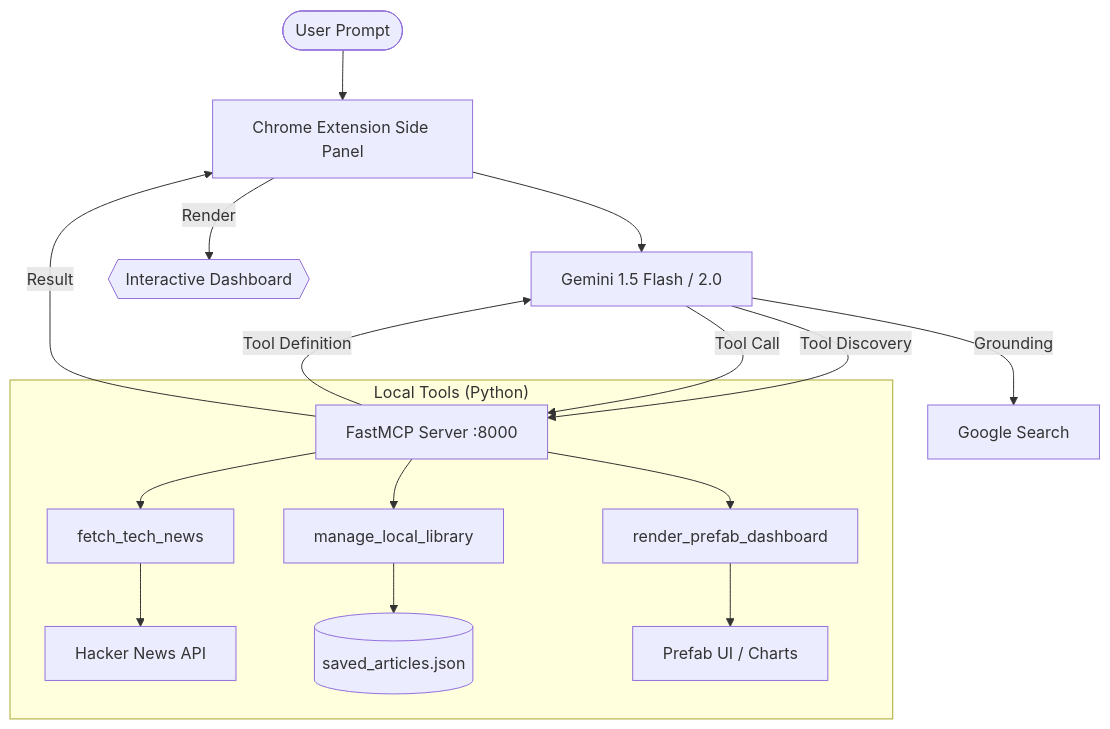
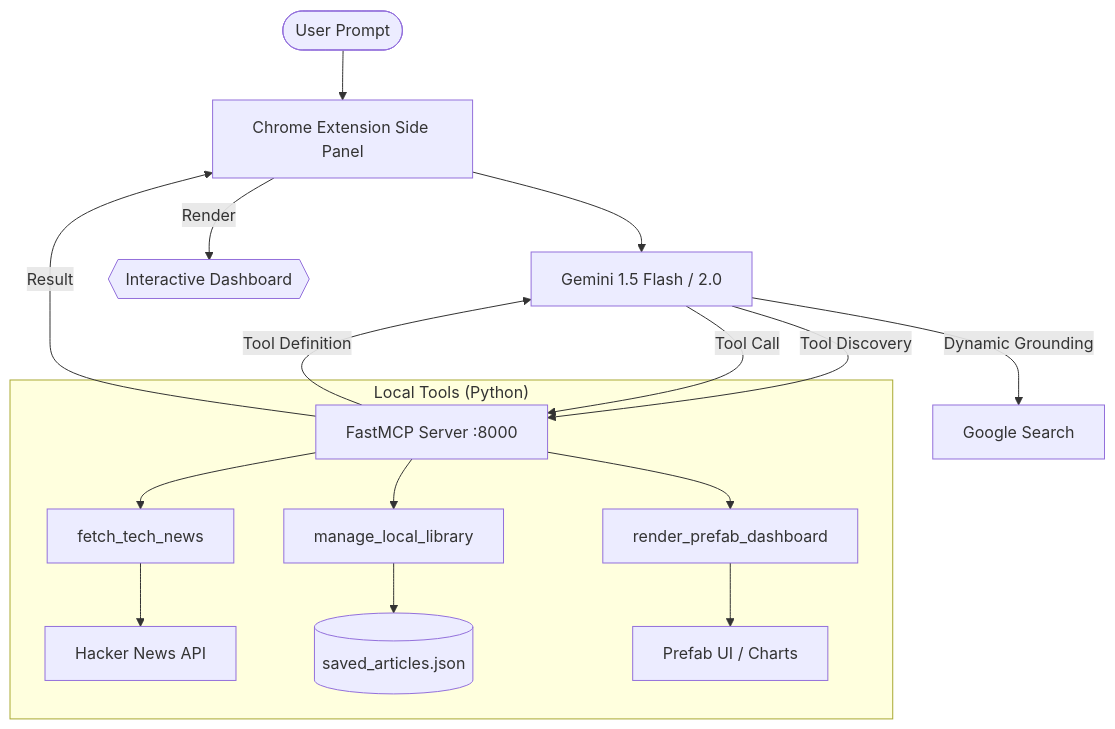
One commit to swapniel99/intel-agent changed the diagram in README.md. Above: the diagram before and after it, drawn with Mermaid. The commit also changed other lines of this file and 2 other files, not shown here.

Commit message:
docs: update documentation to reflect expanded library management features, refined dashboard chart support, and Gemini model usage.

````diff
--- a/README.md
+++ b/README.md
@@ -21,21 +21,21 @@
 ```mermaid
 graph TD
     User([User Prompt]) --> Extension[Chrome Extension Side Panel]
     Extension --> Gemini[Gemini 1.5 Flash / 2.0]
     Gemini -- Tool Discovery --> FastMCP[FastMCP Server :8000]
     FastMCP -- Tool Definition --> Gemini
     
     subgraph "Local Tools (Python)"
         FastMCP --> T1[fetch_tech_news]
         FastMCP --> T2[manage_local_library]
         FastMCP --> T3[render_prefab_dashboard]
         T1 --> HN[Hacker News API]
         T2 --> JSON[(saved_articles.json)]
         T3 --> Prefab[Prefab UI / Charts]
     end
 
-    Gemini -- Grounding --> Google[Google Search]
+    Gemini -- Dynamic Grounding --> Google[Google Search]
     Gemini -- Tool Call --> FastMCP
     FastMCP -- Result --> Extension
     Extension -- Render --> Dashboard{{Interactive Dashboard}}
 ```
````
